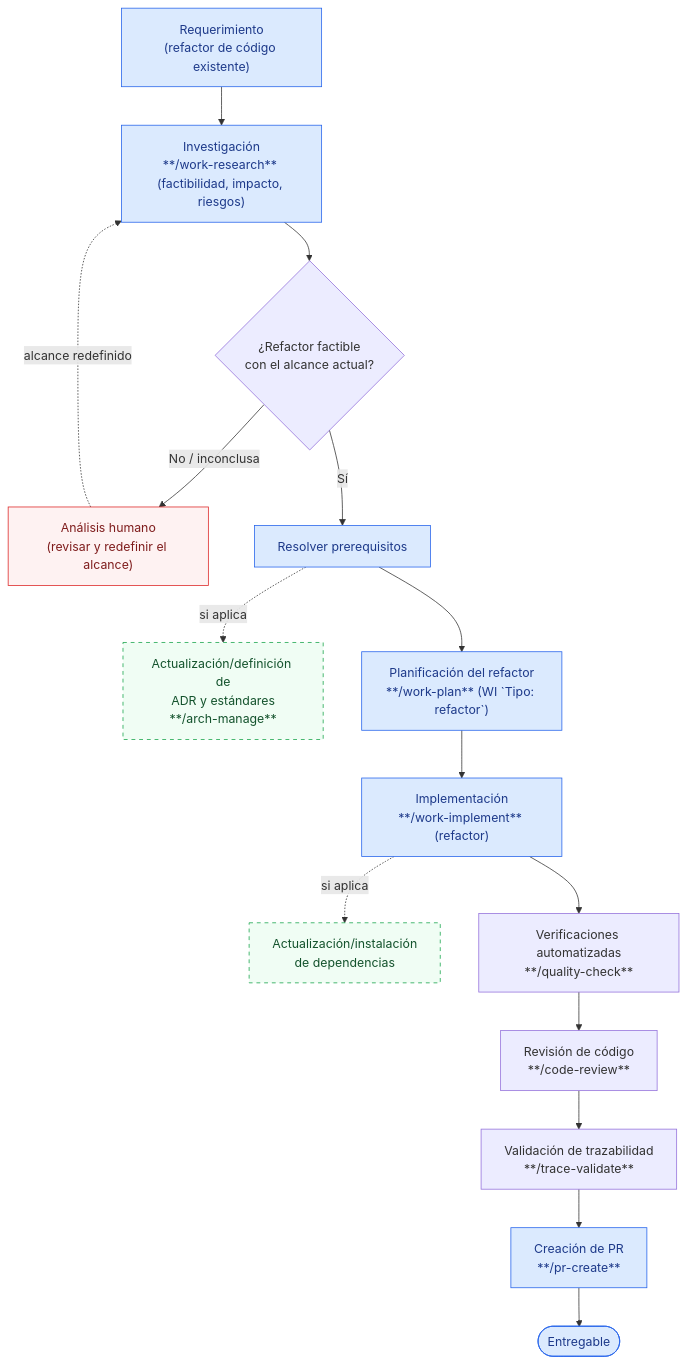
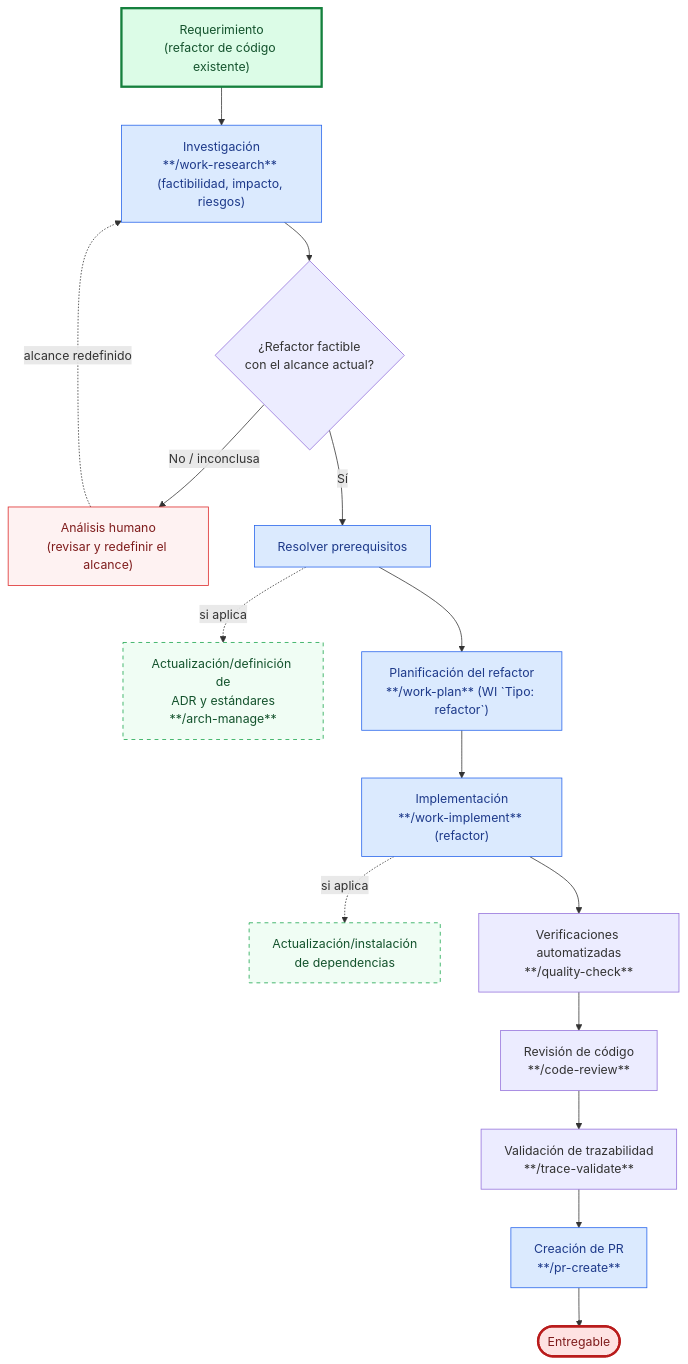
Before and after one commit to juanca202/ai: the diagram in docs/use-cases/refactor.md, drawn with Mermaid. The commit also changed 3 other files, not shown here.

First line of the commit message:
style(use-cases): highlight entry and exit points in flow diagrams

````diff
--- a/docs/use-cases/refactor.md
+++ b/docs/use-cases/refactor.md
@@ -5,24 +5,28 @@
 ```mermaid
 flowchart TD
     A["Requerimiento<br/>(refactor de código existente)"] --> B["Investigación<br/>**/work-research** (factibilidad, impacto, riesgos)"]
     B --> C{"¿Refactor factible<br/>con el alcance actual?"}
     C -->|"No / inconclusa"| H["Análisis humano<br/>(revisar y redefinir el alcance)"]
     H -.->|"alcance redefinido"| B
     C -->|"Sí"| P["Resolver prerequisitos"]
     P -.->|"si aplica"| ADR["Actualización/definición de<br/>ADR y estándares<br/>**/arch-manage**"]
     P --> F["Planificación del refactor<br/>**/work-plan** (WI `Tipo: refactor`)"]
     F --> G["Implementación<br/>**/work-implement** (refactor)"]
     G -.->|"si aplica"| DEP["Actualización/instalación<br/>de dependencias"]
     G --> Q0["Verificaciones automatizadas<br/>**/quality-check**"]
     Q0 --> Q1["Revisión de código<br/>**/code-review**"]
     Q1 --> Q2["Validación de trazabilidad<br/>**/trace-validate**"]
     Q2 --> I["Creación de PR<br/>**/pr-create**"]
     I --> J(["Entregable"])
 
     classDef main fill:#dbeafe,stroke:#2563eb,color:#1e3a8a
     classDef human fill:#fef2f2,stroke:#dc2626,color:#7f1d1d
     classDef optional fill:#f0fdf4,stroke:#16a34a,stroke-dasharray:5 5,color:#14532d
-    class A,B,P,F,G,I,J main
+    classDef entryPoint fill:#dcfce7,stroke:#15803d,stroke-width:3px,color:#14532d
+    classDef exitPoint fill:#fee2e2,stroke:#b91c1c,stroke-width:3px,color:#7f1d1d
+    class B,P,F,G,I main
     class H human
     class ADR,DEP optional
+    class A entryPoint
+    class J exitPoint
 ```
````
